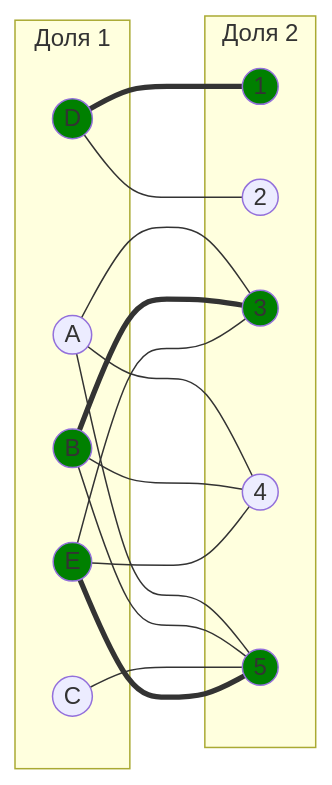
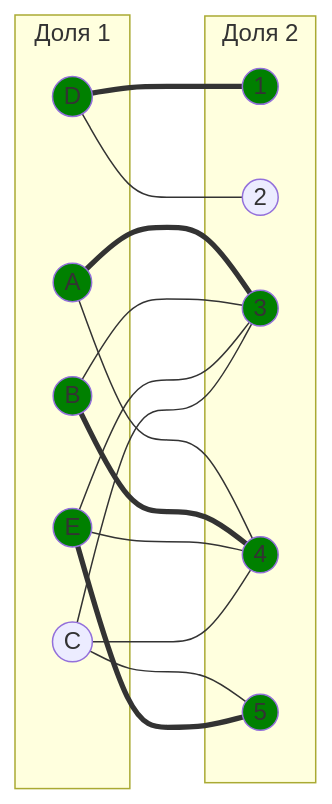
One commit to algos-ris-24-5/manual-tasks changed the tenth of 16 diagrams in Задание 8/pedigree.md. Above: the diagram before and after it, drawn with Mermaid. The commit also changed other lines of this file, not shown here.

````diff
--- a/Задание 8/pedigree.md
+++ b/Задание 8/pedigree.md
@@ -278,36 +338,38 @@
 ```mermaid
 graph LR
     subgraph "Доля 1"
         A((A))
         B((B))
         C((C))
         D((D))
         E((E))
     end
     subgraph "Доля 2"
         1((1))
         2((2))
         3((3))
         4((4))
         5((5))
     end
-    A --- 3
+    A === 3
     A --- 4
-    A --- 5
-    B === 3
-    B --- 4
-    B --- 5
+    B --- 3
+    B === 4
     C --- 5
     D === 1
     D --- 2
+    E === 5
     E --- 3
     E --- 4
-    E === 5
+    C --- 3
+    C --- 4
     
+    style A fill:#008000
     style B fill:#008000
     style D fill:#008000
     style E fill:#008000
     style 3 fill:#008000
     style 1 fill:#008000
     style 5 fill:#008000
+    style 4 fill:#008000
 ```
````
